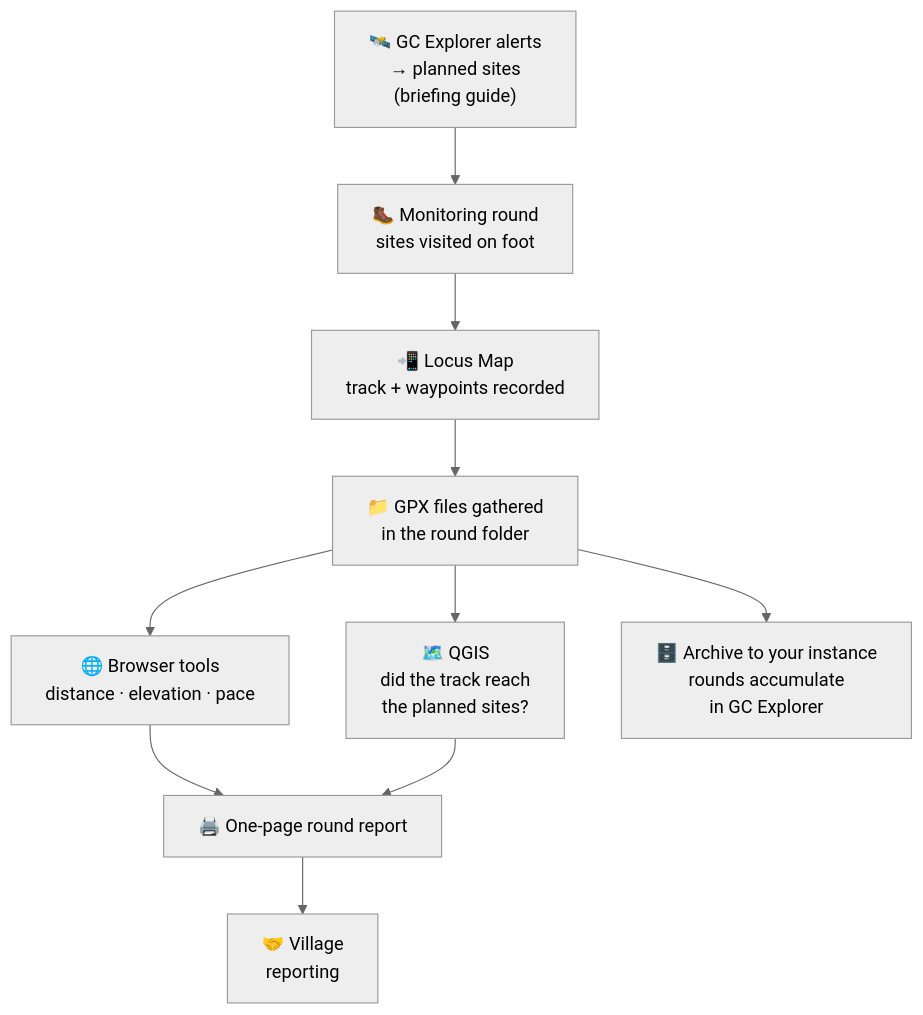
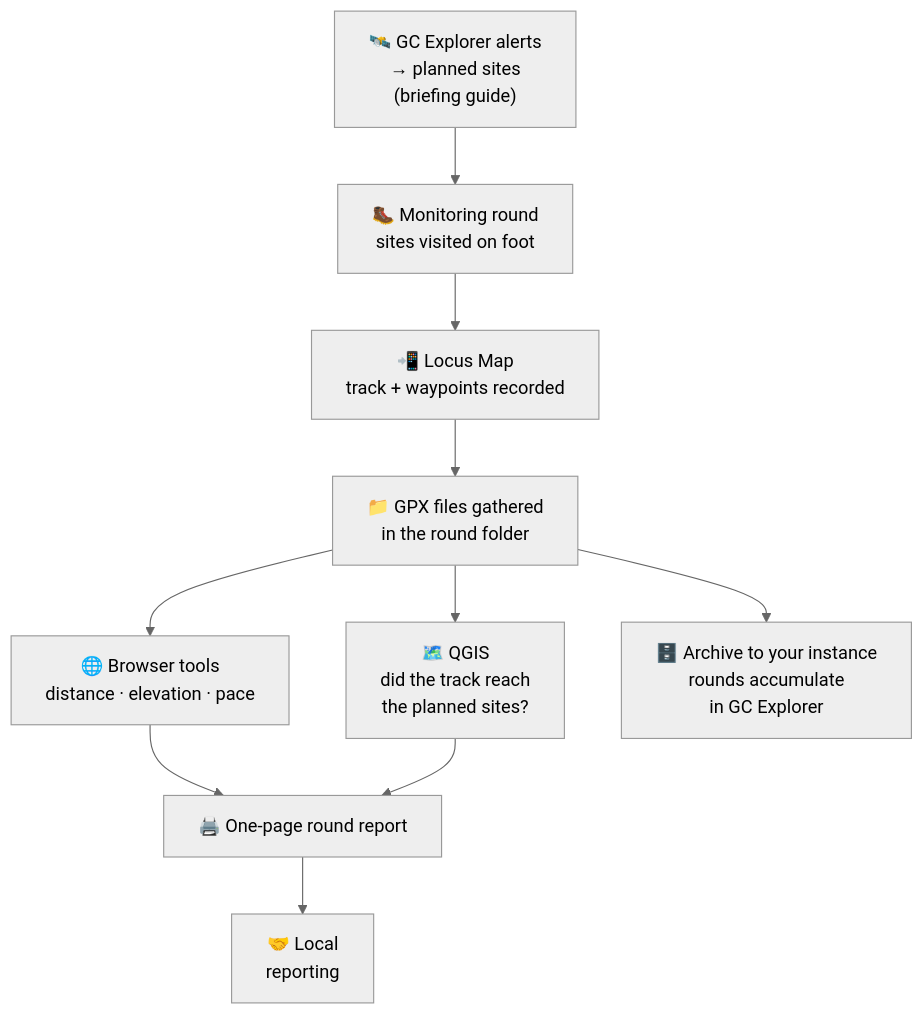
The diagram in docs/guides/land-monitoring/guide-monitoring-round-reports/index.md (ConservationMetrics/gc-docs), drawn with Mermaid (neutral theme) before and after one commit. The commit also changed other lines of this file, not shown here.

````diff
--- a/docs/guides/land-monitoring/guide-monitoring-round-reports/index.md
+++ b/docs/guides/land-monitoring/guide-monitoring-round-reports/index.md
@@ -17,12 +17,12 @@
 ```mermaid
 flowchart TD
     A["🛰️ GC Explorer alerts<br/>→ planned sites<br/>(briefing guide)"] --> B["🥾 Monitoring round<br/>sites visited on foot"]
     B --> C["📲 Locus Map<br/>track + waypoints recorded"]
     C --> D["📁 GPX files gathered<br/>in the round folder"]
     D --> E["🌐 Browser tools<br/>distance · elevation · pace"]
     D --> F["🗺️ QGIS<br/>did the track reach<br/>the planned sites?"]
     E --> G["🖨️ One-page round report"]
     F --> G
-    G --> H["🤝 Village <br/> reporting"]
+    G --> H["🤝 Local <br/> reporting"]
     D --> I["🗄️ Archive to your instance<br/>rounds accumulate<br/>in GC Explorer"]
 ```
````
